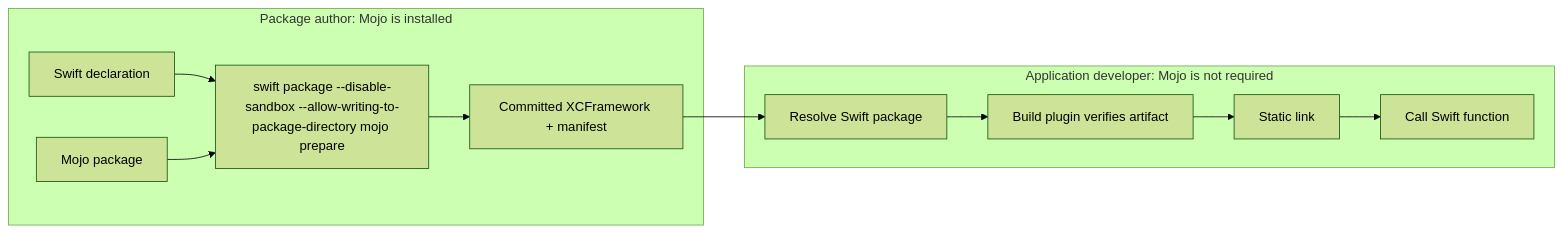
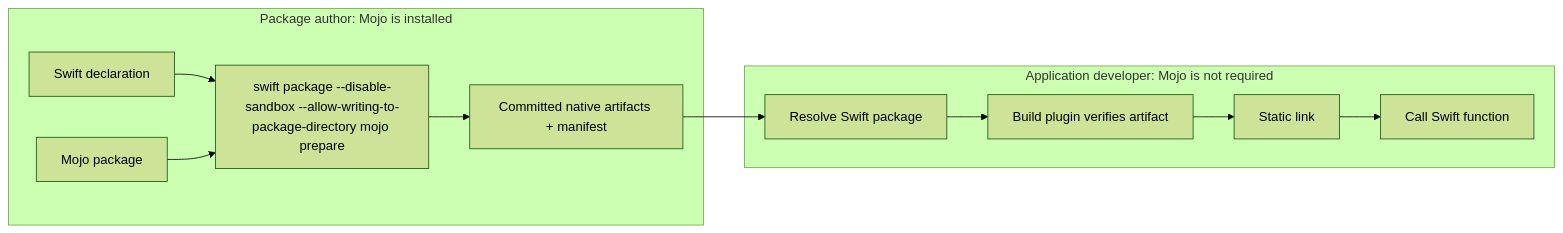
One commit to 1amageek/swift-mojo changed the first of 4 diagrams in README.md. Above: the diagram before and after it, drawn with Mermaid (forest theme). The commit also changed other lines of this file and 96 other files, not shown here.

````diff
--- a/README.md
+++ b/README.md
@@ -174,19 +273,19 @@
 ```mermaid
 flowchart LR
     subgraph Author["Package author: Mojo is installed"]
         S["Swift declaration"]
         M["Mojo package"]
         P["swift package --disable-sandbox --allow-writing-to-package-directory mojo prepare"]
-        A["Committed XCFramework + manifest"]
+        A["Committed native artifacts + manifest"]
         S --> P
         M --> P --> A
     end
     subgraph Consumer["Application developer: Mojo is not required"]
         R["Resolve Swift package"]
         V["Build plugin verifies artifact"]
         L["Static link"]
         C["Call Swift function"]
         R --> V --> L --> C
     end
     A --> R
 ```
````
